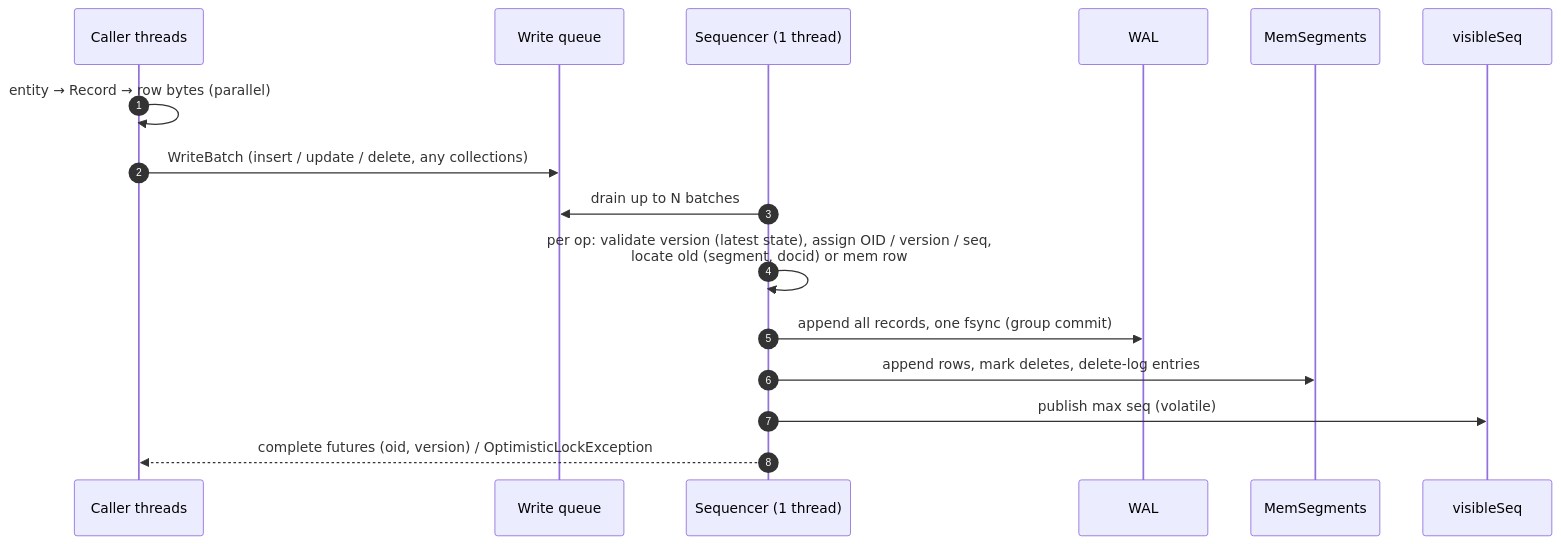
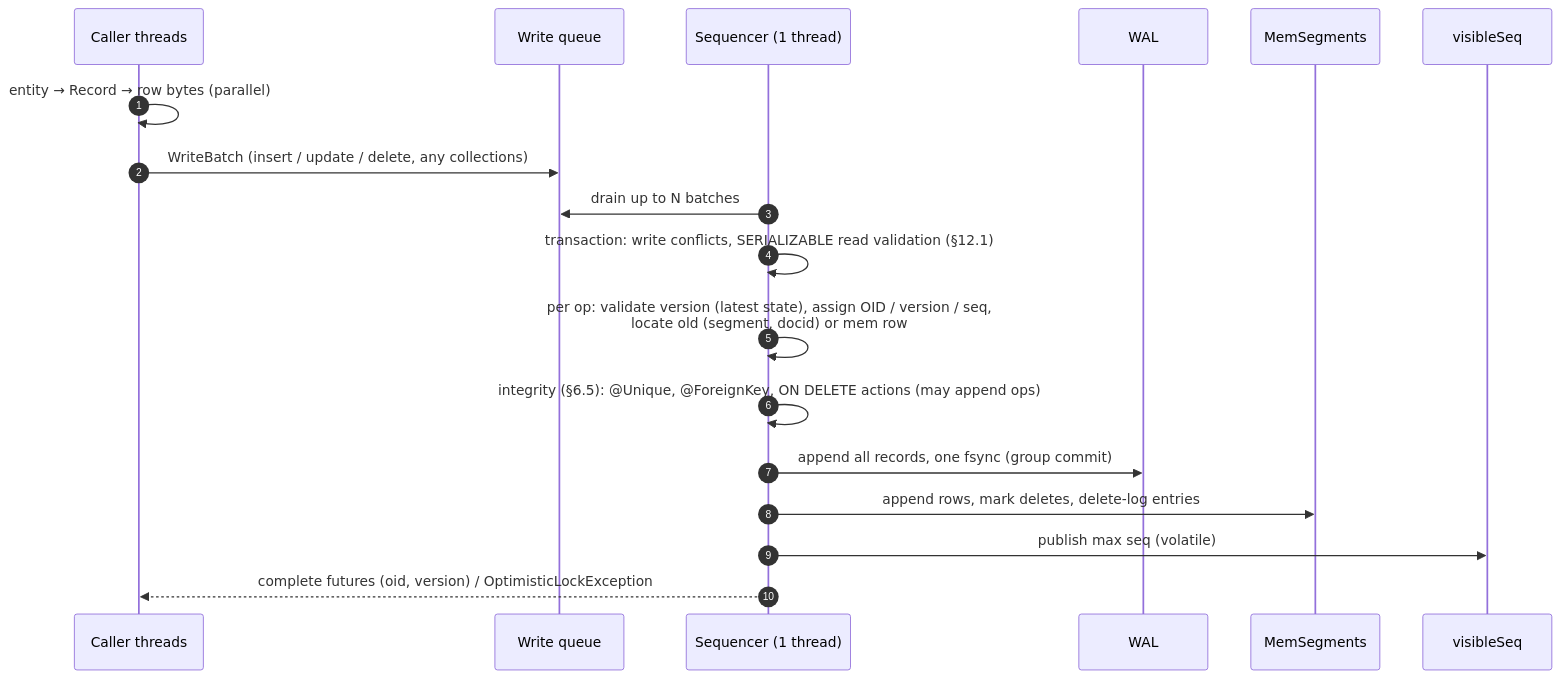
One commit to paganini2008/kookaburra changed the fourth of 17 diagrams in docs/design.md. Above: the diagram before and after it, drawn with Mermaid. The commit also changed other lines of this file and 138 other files, not shown here.

````diff
--- a/docs/design.md
+++ b/docs/design.md
@@ -314,18 +352,20 @@
 ```mermaid
 sequenceDiagram
     autonumber
     participant C as Caller threads
     participant Q as Write queue
     participant S as Sequencer (1 thread)
     participant L as WAL
     participant M as MemSegments
     participant V as visibleSeq
     C->>C: entity → Record → row bytes (parallel)
     C->>Q: WriteBatch (insert / update / delete, any collections)
     S->>Q: drain up to N batches
+    S->>S: transaction: write conflicts, SERIALIZABLE read validation (§12.1)
     S->>S: per op: validate version (latest state), assign OID / version / seq,<br/>locate old (segment, docid) or mem row
+    S->>S: integrity (§6.5): @Unique, @ForeignKey, ON DELETE actions (may append ops)
     S->>L: append all records, one fsync (group commit)
     S->>M: append rows, mark deletes, delete-log entries
     S->>V: publish max seq (volatile)
     S-->>C: complete futures (oid, version) / OptimisticLockException
 ```
````
